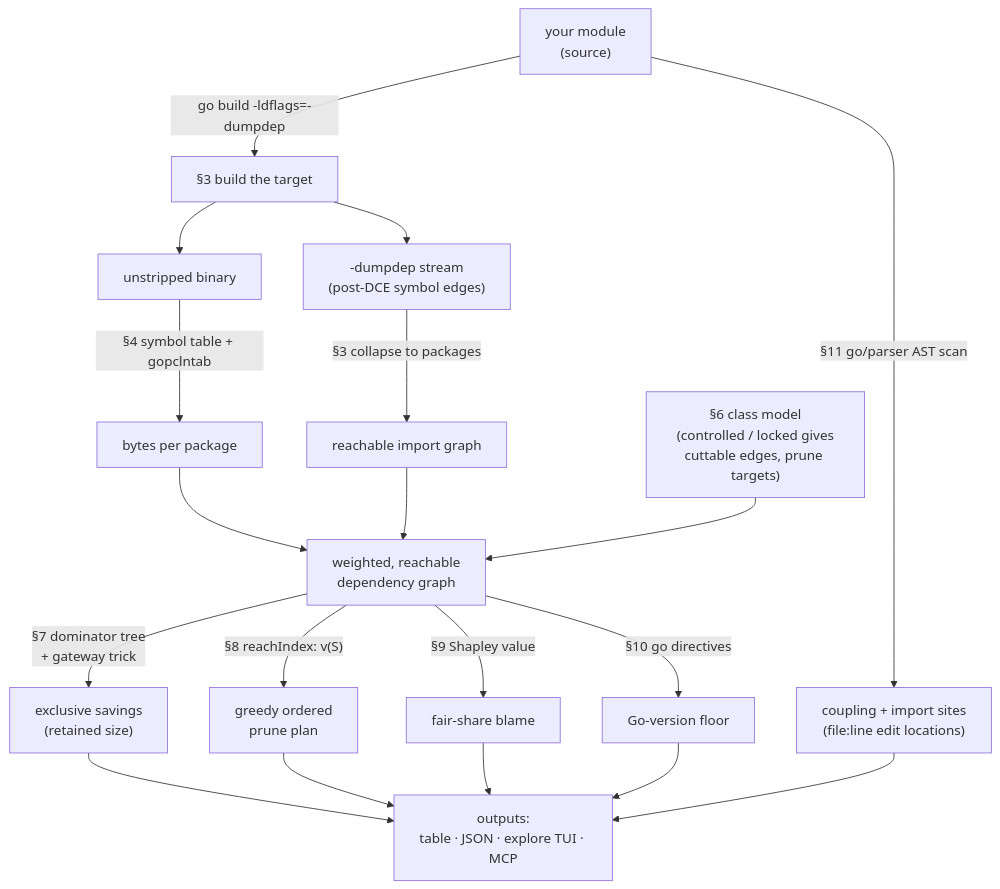
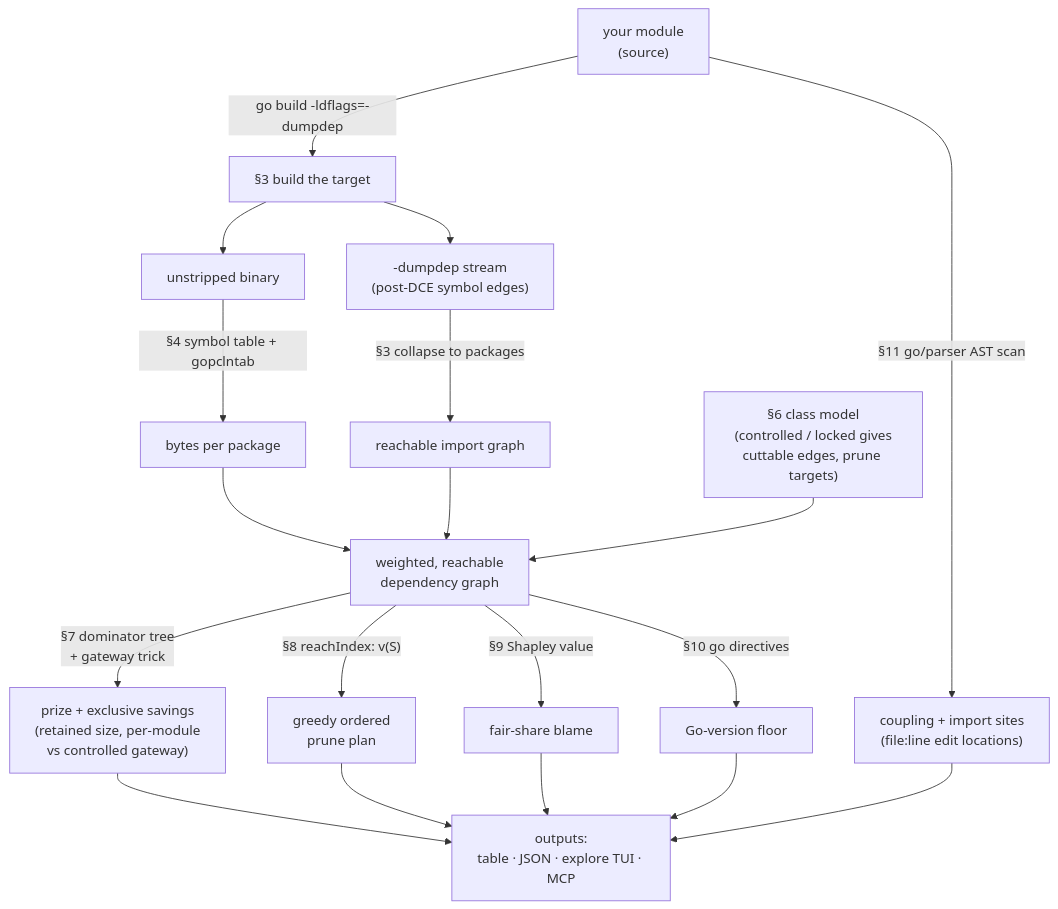
One commit to wagoodman/bonsai changed the first of 2 diagrams in METHODOLOGY.md. Above: the diagram before and after it, drawn with Mermaid. The commit also changed other lines of this file and 86 other files, not shown here.

````diff
--- a/METHODOLOGY.md
+++ b/METHODOLOGY.md
@@ -17,26 +17,26 @@
 ```mermaid
 flowchart TD
     SRC["your module<br/>(source)"]
     SRC -->|"go build -ldflags=-dumpdep"| BUILD["§3 build the target"]
     BUILD --> BIN["unstripped binary"]
     BUILD --> DUMP["-dumpdep stream<br/>(post-DCE symbol edges)"]
 
     BIN -->|"§4 symbol table + gopclntab"| SIZES["bytes per package"]
     DUMP -->|"§3 collapse to packages"| GRAPH["reachable import graph"]
     SRC -->|"§11 go/parser AST scan"| COUPLE["coupling + import sites<br/>(file:line edit locations)"]
 
     SIZES --> WEIGHTED["weighted, reachable<br/>dependency graph"]
     GRAPH --> WEIGHTED
     CLASS["§6 class model<br/>(controlled / locked gives<br/>cuttable edges, prune targets)"] --> WEIGHTED
 
-    WEIGHTED -->|"§7 dominator tree<br/>+ gateway trick"| EXCL["exclusive savings<br/>(retained size)"]
+    WEIGHTED -->|"§7 dominator tree<br/>+ gateway trick"| EXCL["prize + exclusive savings<br/>(retained size, per-module<br/>vs controlled gateway)"]
     WEIGHTED -->|"§8 reachIndex: v(S)"| PLAN["greedy ordered<br/>prune plan"]
     WEIGHTED -->|"§9 Shapley value"| BLAME["fair-share blame"]
     WEIGHTED -->|"§10 go directives"| FLOOR["Go-version floor"]
 
     EXCL --> OUT["outputs:<br/>table · JSON · explore TUI · MCP"]
     PLAN --> OUT
     BLAME --> OUT
     FLOOR --> OUT
     COUPLE --> OUT
 ```
````
